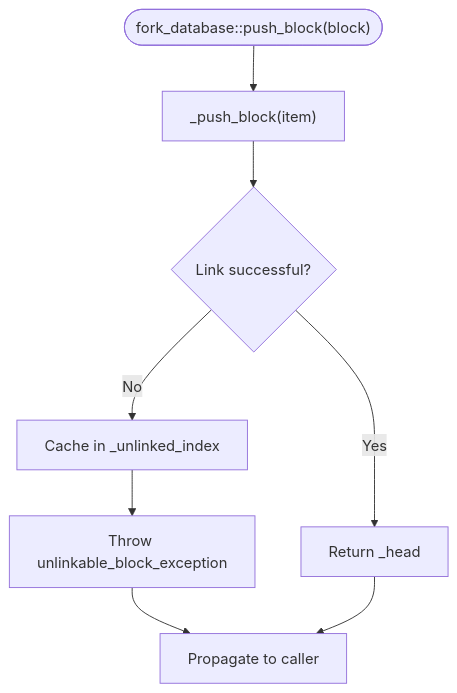
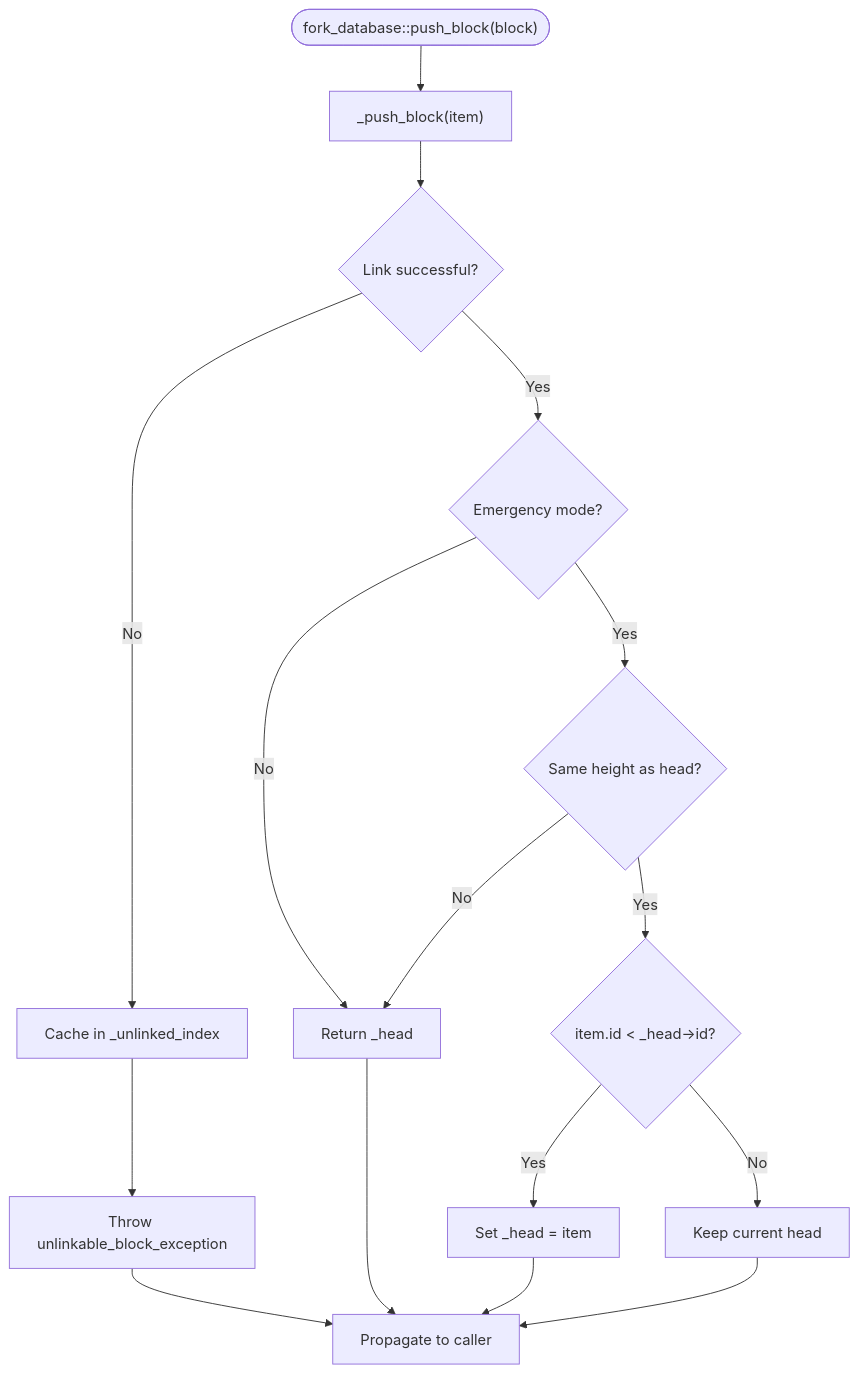
One commit to VIZ-Blockchain/viz-cpp-node changed diagram 15 of 24 in .qoder/repowiki/en/content/Architecture Overview/Core Libraries/Chain Library/Database Management/Database Management.md. Above: the diagram before and after it, drawn with Mermaid. The commit also changed other lines of this file and 3 other files, not shown here.

````diff
--- a/.qoder/repowiki/en/content/Architecture Overview/Core Libraries/Chain Library/Database Management/Database Management.md
+++ b/.qoder/repowiki/en/content/Architecture Overview/Core Libraries/Chain Library/Database Management/Database Management.md
@@ -795,10 +796,18 @@
 ```mermaid
 flowchart TD
 Start(["fork_database::push_block(block)"]) --> TryPush["_push_block(item)"]
 TryPush --> Success{"Link successful?"}
-Success --> |Yes| ReturnHead["Return _head"]
+Success --> |Yes| CheckEmergency{"Emergency mode?"}
+CheckEmergency --> |No| ReturnHead["Return _head"]
+CheckEmergency --> |Yes| CheckHeight{"Same height as head?"}
+CheckHeight --> |No| ReturnHead
+CheckHeight --> |Yes| CheckHash{"item.id < _head->id?"}
+CheckHash --> |Yes| SetHead["Set _head = item"]
+CheckHash --> |No| KeepHead["Keep current head"]
 Success --> |No| CacheUnlinked["Cache in _unlinked_index"]
 CacheUnlinked --> ThrowException["Throw unlinkable_block_exception"]
 ThrowException --> Propagate["Propagate to caller"]
 ReturnHead --> Propagate
+SetHead --> Propagate
+KeepHead --> Propagate
 ```
````
